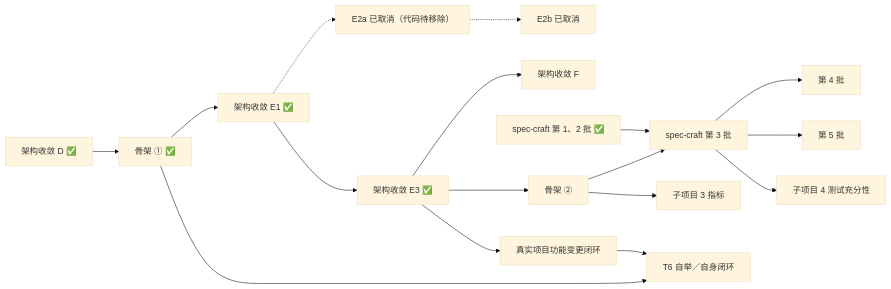
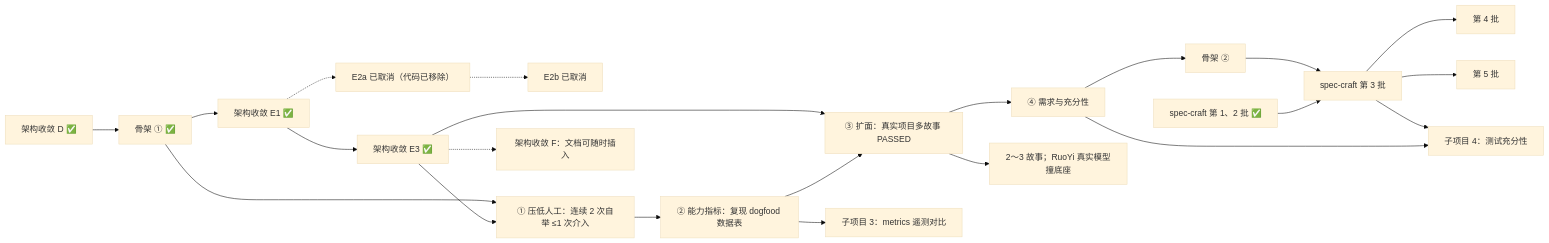
Before and after one commit to jinlin725168-ai/storyloop: the diagram in docs/roadmap.md, drawn with Mermaid (base theme). The commit also changed other lines of this file, not shown here.

Commit message:
docs(roadmap): 按四阶段同步自举进展与后续门槛

````diff
--- a/docs/roadmap.md
+++ b/docs/roadmap.md
@@ -53,19 +61,24 @@
 ```mermaid
 flowchart LR
     D["架构收敛 D ✅"] --> T1["骨架 ① ✅"]
     T1 --> E1["架构收敛 E1 ✅"]
     E1 --> E3["架构收敛 E3 ✅"]
-    E1 -.-> E2a["E2a 已取消（代码待移除）"]
+    E1 -.-> E2a["E2a 已取消（代码已移除）"]
     E2a -.-> E2b["E2b 已取消"]
-    E3 --> F["架构收敛 F"]
-    E3 --> T2["骨架 ②"]
-    E3 --> R["真实项目功能变更闭环"]
+    E3 --> P1["① 压低人工：连续 2 次自举 ≤1 次介入"]
+    T1 --> P1
+    P1 --> P2["② 能力指标：复现 dogfood 数据表"]
+    P2 --> P3["③ 扩面：真实项目多故事 PASSED"]
+    P3 --> P4["④ 需求与充分性"]
+    E3 --> P3
+    E3 -.-> F["架构收敛 F：文档可随时插入"]
+    P2 --> M["子项目 3：metrics 遥测对比"]
+    P3 --> R["2～3 故事；RuoYi 真实模型撞底座"]
+    P4 --> T2["骨架 ②"]
     S1["spec-craft 第 1、2 批 ✅"] --> S3["spec-craft 第 3 批"]
     T2 --> S3
     S3 --> S4["第 4 批"]
     S3 --> S5["第 5 批"]
-    T2 --> M["子项目 3 指标"]
-    S3 --> A4["子项目 4 测试充分性"]
-    R --> T6["T6 自举／自身闭环"]
-    T1 --> T6
+    P4 --> A4["子项目 4：测试充分性"]
+    S3 --> A4
 ```
````
